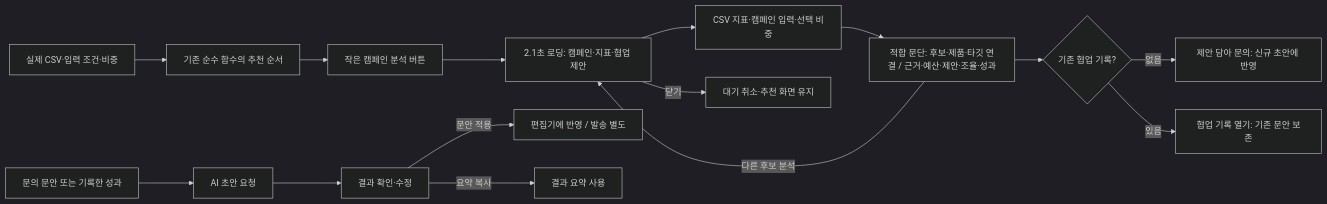
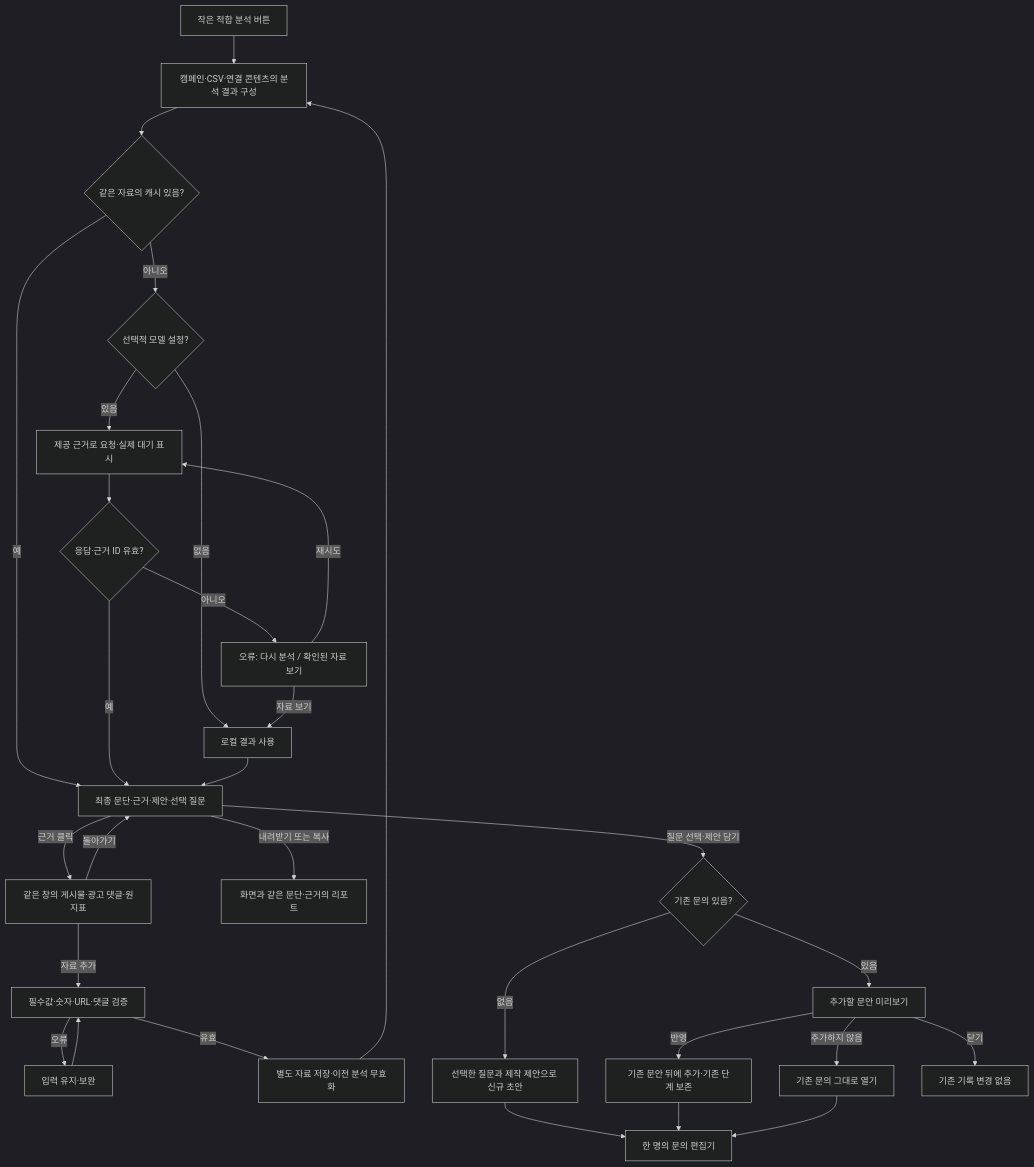
The third of 3 diagrams in flowchart.md (vk2commits/creator-match), drawn with Mermaid (dark theme) before and after one commit. The commit also changed other lines of this file and 7 other files, not shown here.

````diff
--- a/flowchart.md
+++ b/flowchart.md
@@ -117,17 +117,32 @@
 ```mermaid
-flowchart LR
-    A["작은 캠페인 분석 버튼"] --> L["2.1초 로딩: 캠페인·지표·협업 제안"]
-    L --> B["CSV 지표·캠페인 입력·선택 비중"]
-    B --> C["적합 문단: 후보·제품·타깃 연결 / 근거·예산·제안·조율·성과"]
-    C --> D{"기존 협업 기록?"}
-    D -- 없음 --> E["제안 담아 문의: 신규 초안에 반영"]
-    D -- 있음 --> F["협업 기록 열기: 기존 문안 보존"]
-    C -- 다른 후보 분석 --> L
-    L -- 닫기 --> X["대기 취소·추천 화면 유지"]
-    I["실제 CSV·입력 조건·비중"] --> J["기존 순수 함수의 추천 순서"]
-    J --> A
-    P["문의 문안 또는 기록한 성과"] --> Q["AI 초안 요청"]
-    Q --> R["결과 확인·수정"]
-    R -- 문안 적용 --> S["편집기에 반영 / 발송 별도"]
-    R -- 요약 복사 --> T["결과 요약 사용"]
+flowchart TD
+    A["작은 적합 분석 버튼"] --> B["캠페인·CSV·연결 콘텐츠의 분석 결과 구성"]
+    B --> C{"같은 자료의 캐시 있음?"}
+    C -- 예 --> S["최종 문단·근거·제안·선택 질문"]
+    C -- 아니오 --> K{"선택적 모델 설정?"}
+    K -- 없음 --> L["로컬 결과 사용"]
+    K -- 있음 --> R["제공 근거로 요청·실제 대기 표시"]
+    R --> V{"응답·근거 ID 유효?"}
+    V -- 아니오 --> E["오류: 다시 분석 / 확인된 자료 보기"]
+    E -- 재시도 --> R
+    E -- 자료 보기 --> L
+    V -- 예 --> S
+    L --> S
+    S -- 근거 클릭 --> P["같은 창의 게시물·광고 댓글·원지표"]
+    P -- 돌아가기 --> S
+    P -- 자료 추가 --> N["필수값·숫자·URL·댓글 검증"]
+    N -- 오류 --> NE["입력 유지·보완"]
+    NE --> N
+    N -- 유효 --> U["별도 자료 저장·이전 분석 무효화"]
+    U --> B
+    S -- 내려받기 또는 복사 --> X["화면과 같은 문단·근거의 리포트"]
+    S -- 질문 선택·제안 담기 --> W{"기존 문의 있음?"}
+    W -- 없음 --> NW["선택한 질문과 제작 제안으로 신규 초안"]
+    W -- 있음 --> PV["추가할 문안 미리보기"]
+    PV -- 반영 --> AP["기존 문안 뒤에 추가·기존 단계 보존"]
+    PV -- 추가하지 않음 --> OLD["기존 문의 그대로 열기"]
+    PV -- 닫기 --> CANCEL["기존 기록 변경 없음"]
+    NW --> EDIT["한 명의 문의 편집기"]
+    AP --> EDIT
+    OLD --> EDIT
 ```
````
